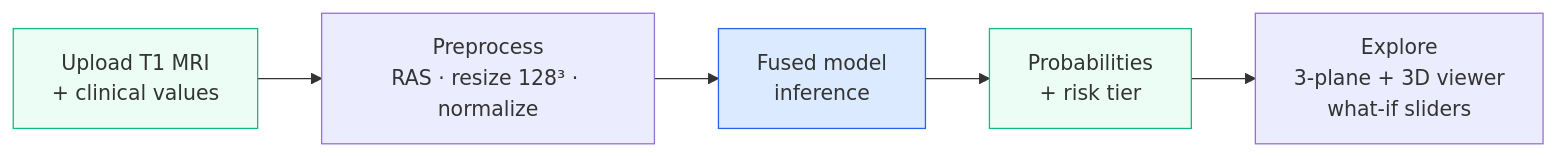
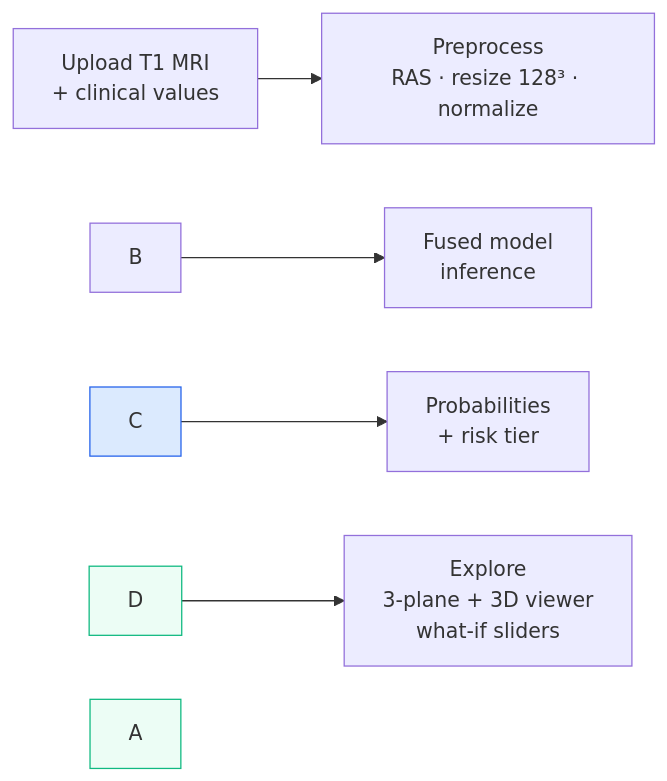
Before and after one commit to abhinandofficial/NeuroFusion: the diagram in README.md, drawn with Mermaid. The commit also changed other lines of this file, not shown here.

````diff
--- a/README.md
+++ b/README.md
@@ -90,10 +94,10 @@
 ```mermaid
 flowchart LR
-    A[Upload T1 MRI<br/>+ clinical values] --> B[Preprocess<br/>RAS · resize 128³ · normalize]
-    B --> C[Fused model<br/>inference]
-    C --> D[Probabilities<br/>+ risk tier]
-    D --> E[Explore<br/>3-plane + 3D viewer<br/>what-if sliders]
+    A\\\[Upload T1 MRI<br/>+ clinical values] --> B\\\[Preprocess<br/>RAS · resize 128³ · normalize]
+    B --> C\\\[Fused model<br/>inference]
+    C --> D\\\[Probabilities<br/>+ risk tier]
+    D --> E\\\[Explore<br/>3-plane + 3D viewer<br/>what-if sliders]
     style A fill:#ecfdf5,stroke:#10b981
     style C fill:#dbeafe,stroke:#2563eb
     style D fill:#ecfdf5,stroke:#10b981
 ```
````
